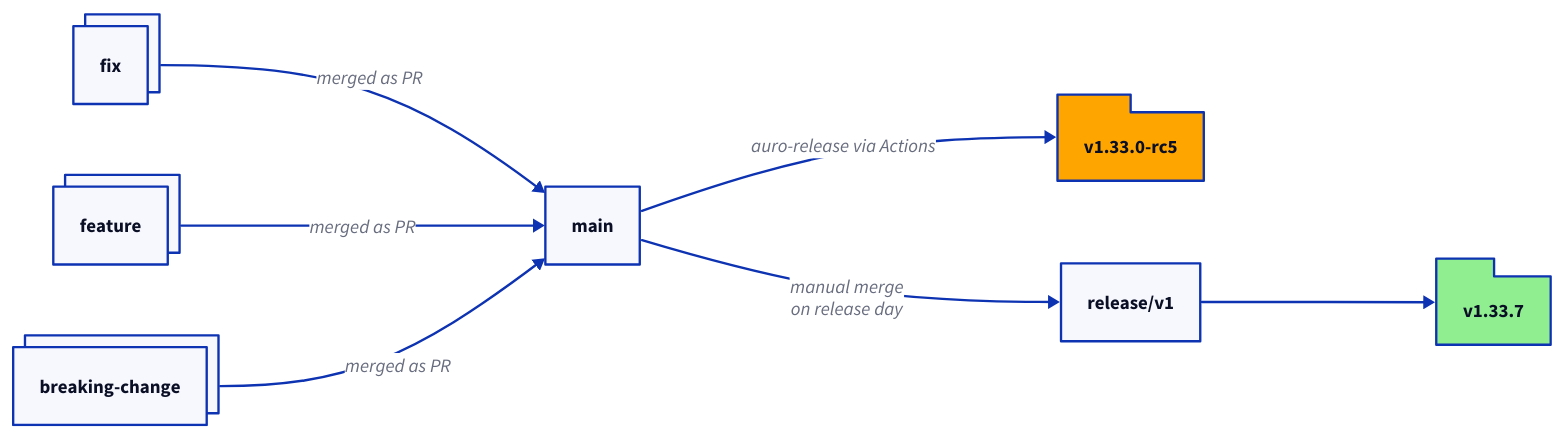
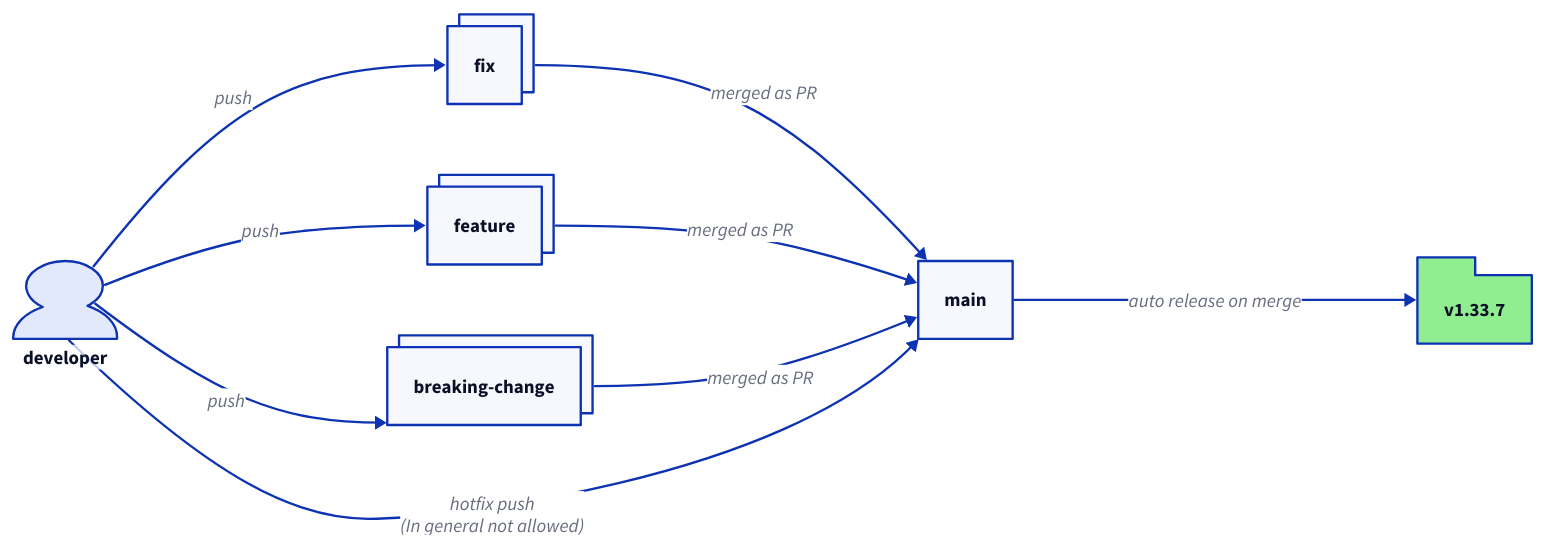
Before and after one commit to cloudeteer/terraform-governance: the diagram in docs/assets/module-release-diagram.d2, drawn with D2. The commit also changed 1 other file, not shown here.

Commit message:
Update documentation draft diagram

```diff
--- a/docs/assets/module-release-diagram.d2
+++ b/docs/assets/module-release-diagram.d2
@@ -1,37 +1,33 @@
 direction: right
 
 main
+developer.shape: person
 
 fix: {
   style.multiple: true
 }
 
 feature: {
   style.multiple: true
 }
 
 breaking-change: {
   style.multiple: true
 }
 
 v1337: {
   label: v1.33.7
   shape: package
   style.fill: lightgreen
 }
 
-v1320-rc5: {
-  label: v1.33.0-rc5
-  shape: package
-  style.fill: orange
-}
-
 fix -> main: merged as PR
 feature -> main: merged as PR
 breaking-change -> main: merged as PR
 
-main -> v1320-rc5: auro-release via Actions
+main -> v1337: auto release on merge
 
-main -> release/v1: manual merge\non release day
-
-release/v1 -> v1337
+developer -> fix: push
+developer -> feature: push
+developer -> breaking-change: push
+developer -> main: hotfix push\n(In general not allowed)
```
